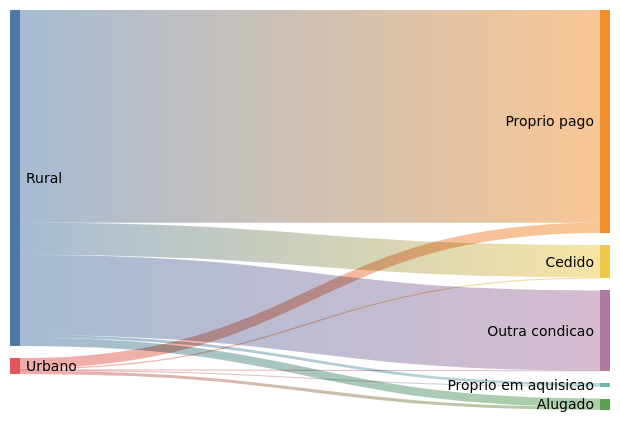
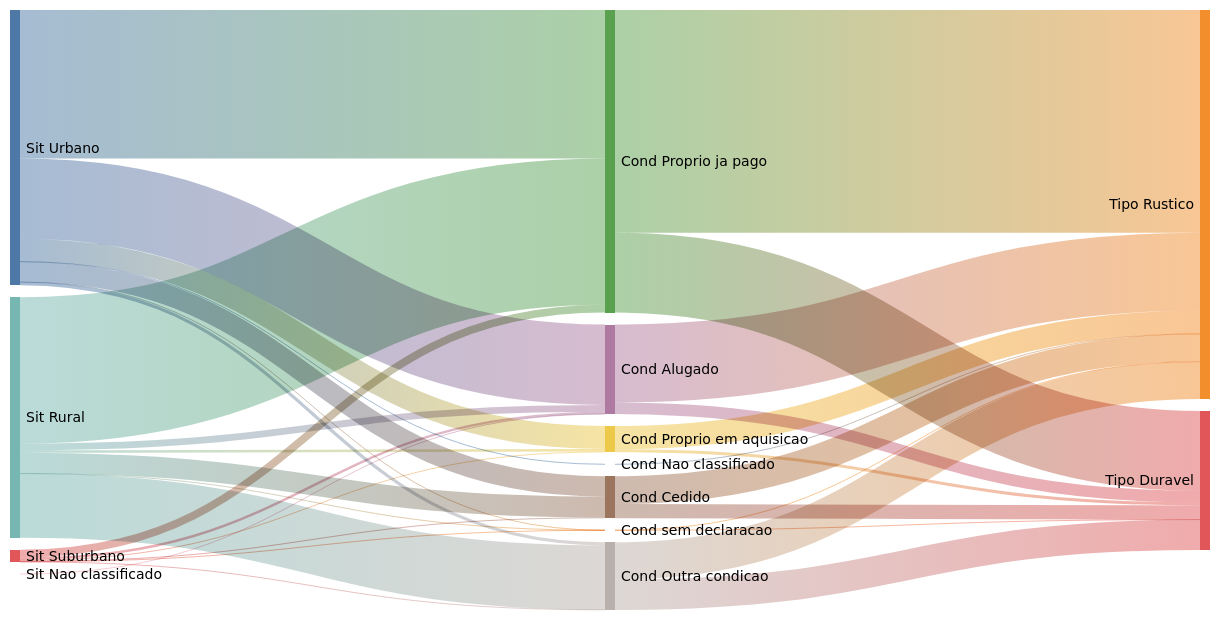
The first of 5 diagrams in fluxos.md (rafapolo/IBGE13), drawn with Mermaid (forest theme) before and after one commit. The commit also changed other lines of this file and 1 other file, not shown here.

````diff
--- a/fluxos.md
+++ b/fluxos.md
@@ -3,18 +5,44 @@
 ```mermaid
 ---
 config:
   sankey:
     showValues: false
+    width: 1200
+    height: 600
 ---
 sankey-beta
-    Rural,Proprio pago,91741583
-    Urbano,Proprio pago,4427773
-    Rural,Proprio em aquisicao,1211489
-    Urbano,Proprio em aquisicao,361903
-    Rural,Alugado,3567796
-    Urbano,Alugado,1351332
-    Rural,Cedido,13855622
-    Urbano,Cedido,558746
-    Rural,Outra condicao,34561857
-    Urbano,Outra condicao,151546
+  Sit Urbano,Cond sem declaracao,1168
+  Sit Suburbano,Cond sem declaracao,26
+  Sit Rural,Cond sem declaracao,775
+  Sit Urbano,Cond Proprio ja pago,6602220
+  Sit Suburbano,Cond Proprio ja pago,345236
+  Sit Rural,Cond Proprio ja pago,6514120
+  Sit Urbano,Cond Proprio em aquisicao,1021044
+  Sit Suburbano,Cond Proprio em aquisicao,33202
+  Sit Rural,Cond Proprio em aquisicao,111461
+  Sit Urbano,Cond Alugado,3575026
+  Sit Suburbano,Cond Alugado,109313
+  Sit Rural,Cond Alugado,300507
+  Sit Nao classificado,Cond Alugado,2
+  Sit Urbano,Cond Cedido,906408
+  Sit Suburbano,Cond Cedido,40742
+  Sit Rural,Cond Cedido,920018
+  Sit Urbano,Cond Outra condicao,139868
+  Sit Suburbano,Cond Outra condicao,13135
+  Sit Rural,Cond Outra condicao,2859867
+  Sit Urbano,Cond Nao classificado,16
+  Cond sem declaracao,Tipo Rustico,1434
+  Cond sem declaracao,Tipo Duravel,535
+  Cond Proprio ja pago,Tipo Rustico,9912955
+  Cond Proprio ja pago,Tipo Duravel,3548621
+  Cond Proprio em aquisicao,Tipo Rustico,1032172
+  Cond Proprio em aquisicao,Tipo Duravel,133535
+  Cond Alugado,Tipo Rustico,3465003
+  Cond Alugado,Tipo Duravel,519845
+  Cond Cedido,Tipo Rustico,1235874
+  Cond Cedido,Tipo Duravel,631294
+  Cond Outra condicao,Tipo Rustico,1659069
+  Cond Outra condicao,Tipo Duravel,1353801
+  Cond Nao classificado,Tipo Rustico,16
+
 ```
````
